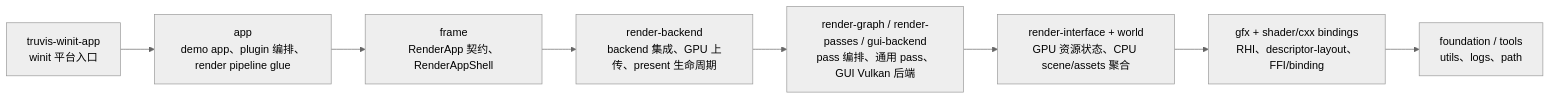
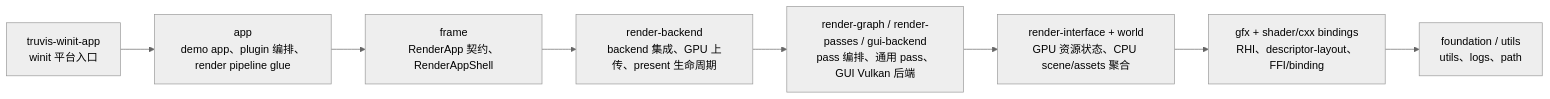
The second of 7 diagrams in ARCHITECTURE.md (acccoco/TruvisRenderer), drawn with Mermaid (neutral theme) before and after one commit. The commit also changed 13 other files, not shown here.

````diff
--- a/ARCHITECTURE.md
+++ b/ARCHITECTURE.md
@@ -33,13 +33,13 @@
 ```mermaid
 flowchart LR
-    Foundation["foundation / tools<br/>utils、logs、path"]
+    Foundation["foundation / utils<br/>utils、logs、path"]
     Gfx["gfx + shader/cxx bindings<br/>RHI、descriptor-layout、FFI/binding"]
     Core["render-interface + world<br/>GPU 资源状态、CPU scene/assets 聚合"]
     RenderDomain["render-graph / render-passes / gui-backend<br/>pass 编排、通用 pass、GUI Vulkan 后端"]
     Backend["render-backend<br/>backend 集成、GPU 上传、present 生命周期"]
     Frame["frame<br/>RenderApp 契约、RenderAppShell"]
     App["app<br/>demo app、plugin 编排、render pipeline glue"]
     Platform["truvis-winit-app<br/>winit 平台入口"]
 
     Platform --> App --> Frame --> Backend --> RenderDomain --> Core --> Gfx --> Foundation
 ```
````
